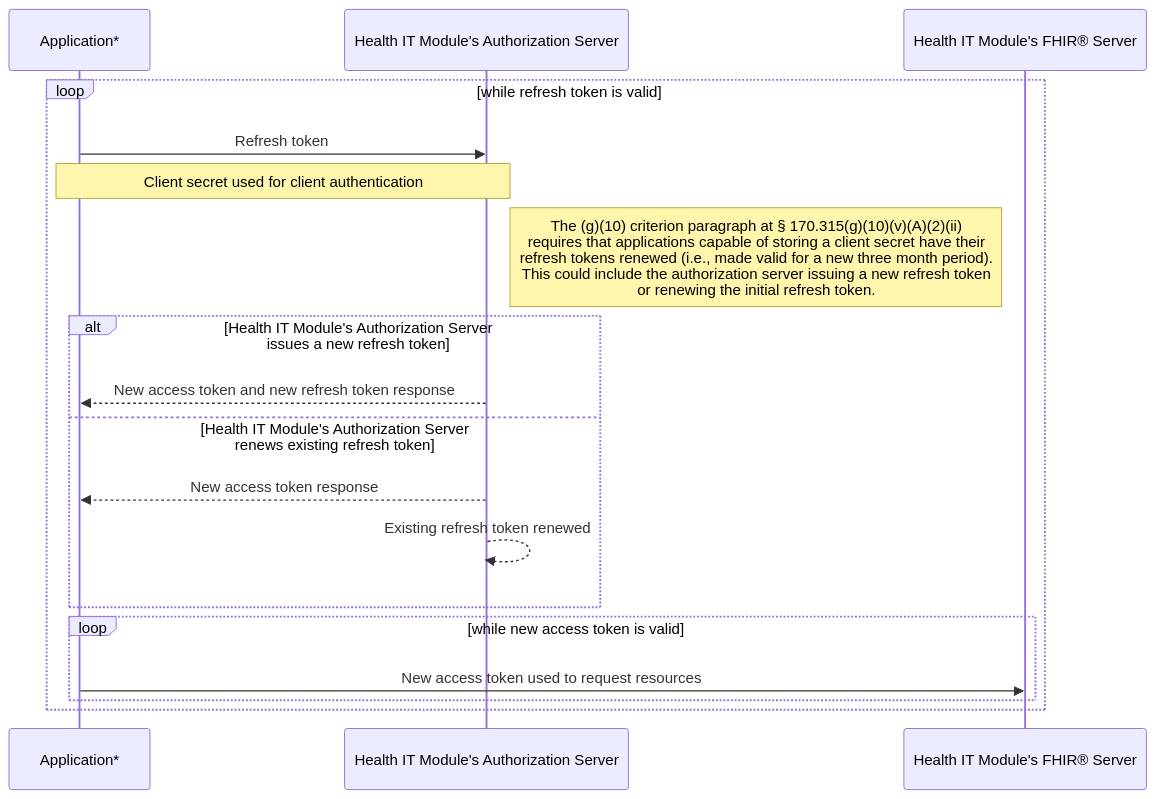
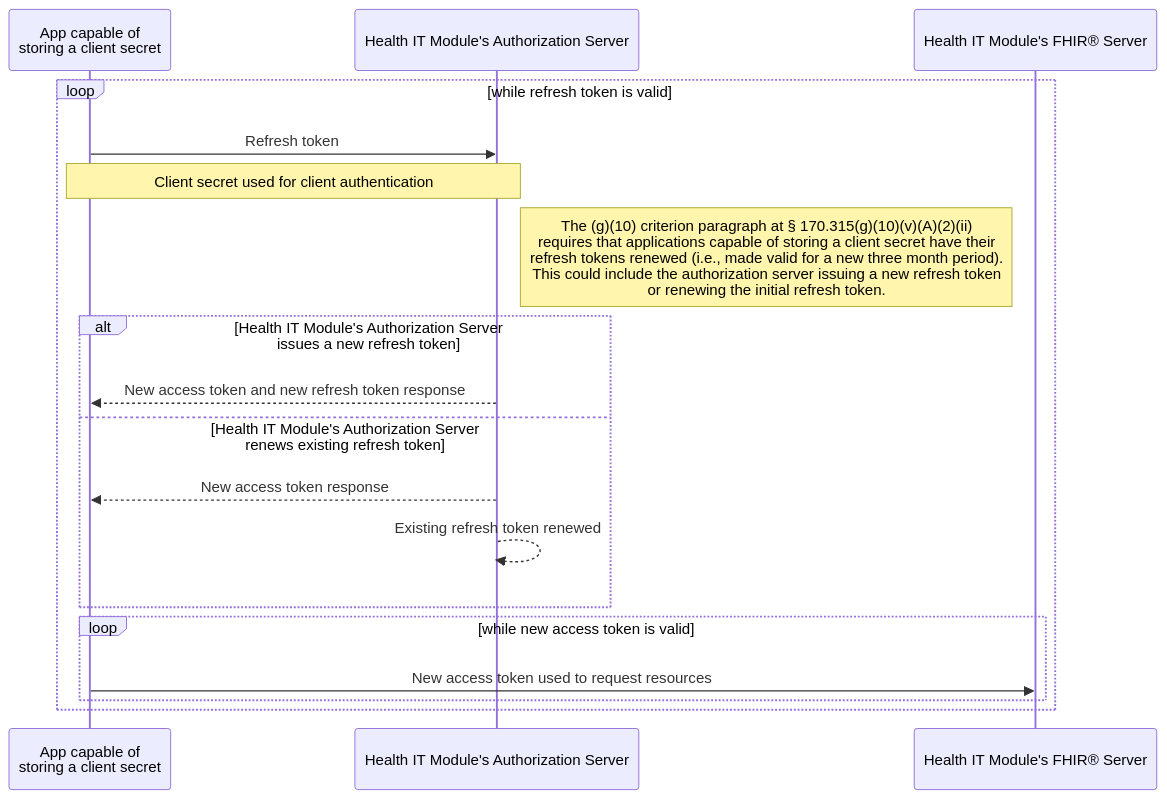
The second of 5 diagrams in docs/g10-criterion.md (onc-healthit/api-resource-guide), drawn with Mermaid before and after one commit. The commit also changed other lines of this file, not shown here.

````diff
--- a/docs/g10-criterion.md
+++ b/docs/g10-criterion.md
@@ -380,21 +379,21 @@
 	``` mermaid
 		sequenceDiagram
-			participant app as Application*
+			participant app as App capable of <br/> storing a client secret
 			participant authz as Health IT Module's Authorization Server
 			participant fhir as Health IT Module's FHIR® Server
 
 			loop while refresh token is valid
 			app ->> authz: Refresh token
 			note over app,authz: Client secret used for client authentication
 			note right of authz: The (g)(10) criterion paragraph at § 170.315(g)(10)(v)(A)(2)(ii) <br/> requires that applications capable of storing a client secret have their <br/> refresh tokens renewed (i.e., made valid for a new three month period). <br/> This could include the authorization server issuing a new refresh token <br/> or renewing the initial refresh token.
 			alt Health IT Module's Authorization Server issues a new refresh token
 				authz -->> app: New access token and new refresh token response
 			else Health IT Module's Authorization Server renews existing refresh token
 				authz -->> app: New access token response
 				authz -->> authz: Existing refresh token renewed
 			end
 			loop while new access token is valid
 				app ->> fhir: New access token used to request resources
 			end
 			end
 	```
````
